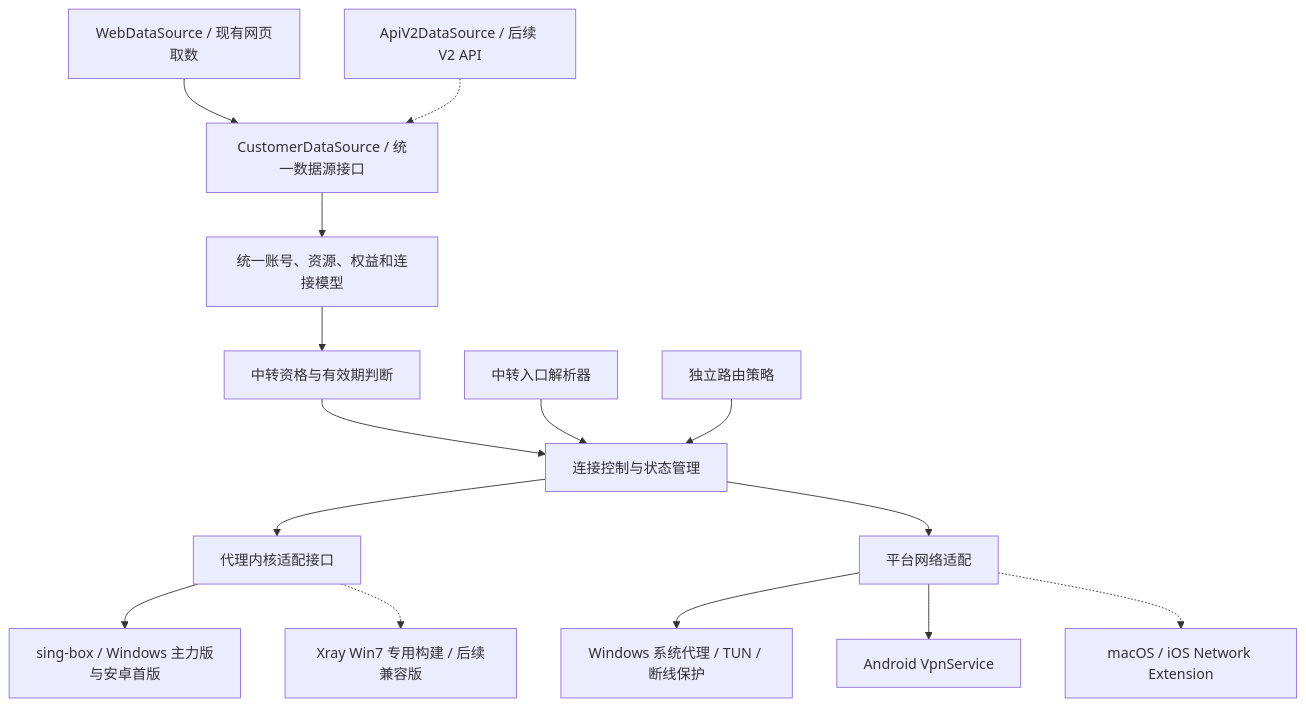
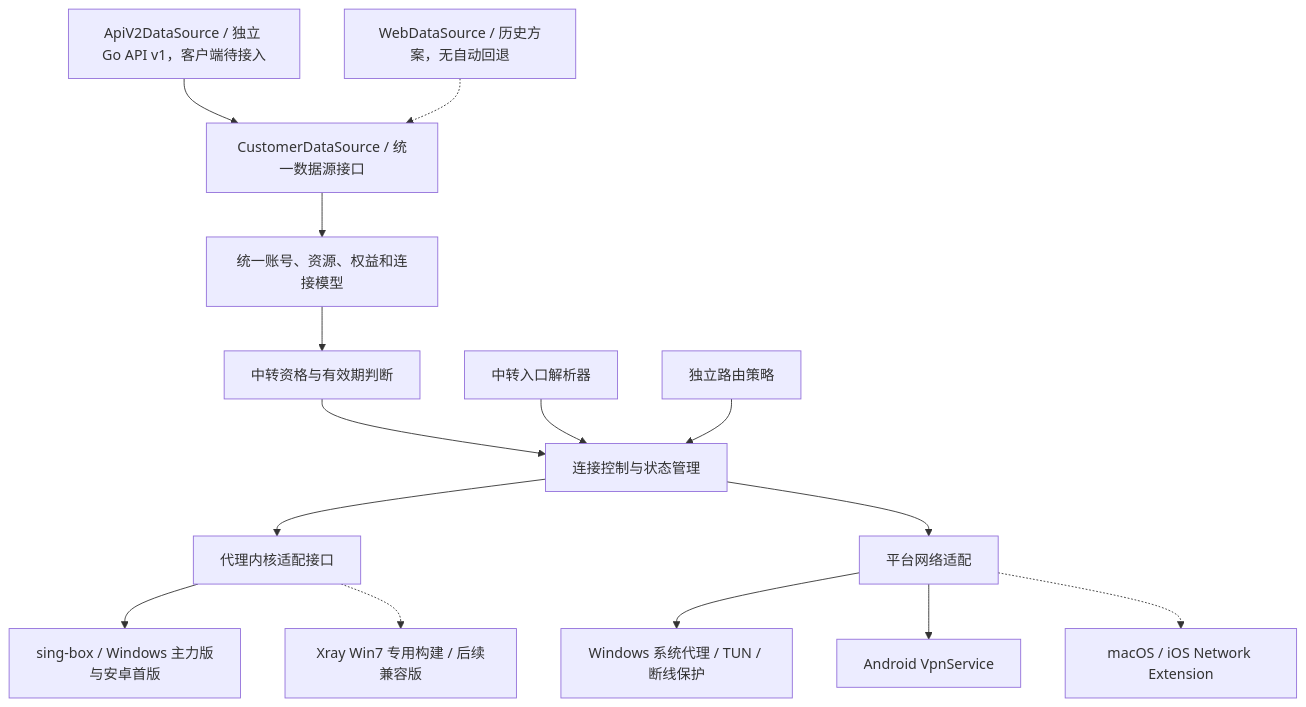
The diagram in docs/superpowers/specs/2026-10-10-sunipip-client-design.md (BlueGrassN/BlueGrass), drawn with Mermaid before and after one commit. The commit also changed other lines of this file and 61 other files, not shown here.

````diff
--- a/docs/superpowers/specs/2026-10-10-sunipip-client-design.md
+++ b/docs/superpowers/specs/2026-10-10-sunipip-client-design.md
@@ -44,17 +45,17 @@
 ```mermaid
 flowchart TD
-    Web[WebDataSource / 现有网页取数] --> Source[CustomerDataSource / 统一数据源接口]
-    Api[ApiV2DataSource / 后续 V2 API] -.-> Source
+    Api[ApiV2DataSource / 独立 Go API v1，客户端待接入] --> Source[CustomerDataSource / 统一数据源接口]
+    Web[WebDataSource / 历史方案，无自动回退] -.-> Source
     Source --> Model[统一账号、资源、权益和连接模型]
     Model --> Eligibility[中转资格与有效期判断]
     Eligibility --> Controller[连接控制与状态管理]
     Resolver[中转入口解析器] --> Controller
     Policy[独立路由策略] --> Controller
     Controller --> Engine[代理内核适配接口]
     Engine --> Sing[sing-box / Windows 主力版与安卓首版]
     Engine -.-> Xray[Xray Win7 专用构建 / 后续兼容版]
     Controller --> Platform[平台网络适配]
     Platform --> Windows[Windows 系统代理 / TUN / 断线保护]
     Platform --> Android[Android VpnService]
     Platform -.-> Apple[macOS / iOS Network Extension]
 ```
````
